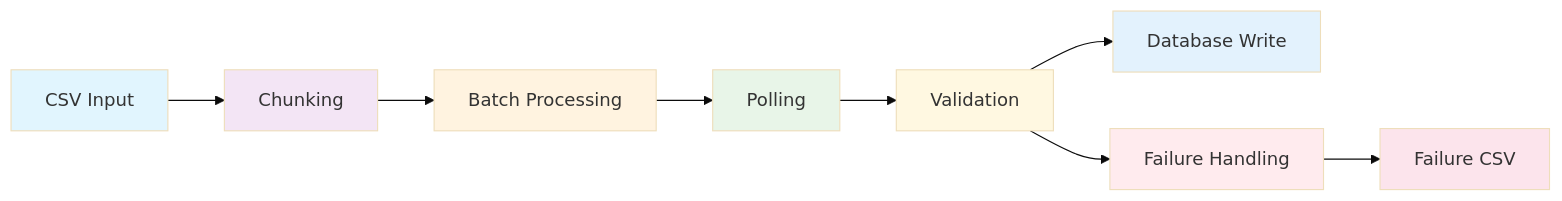
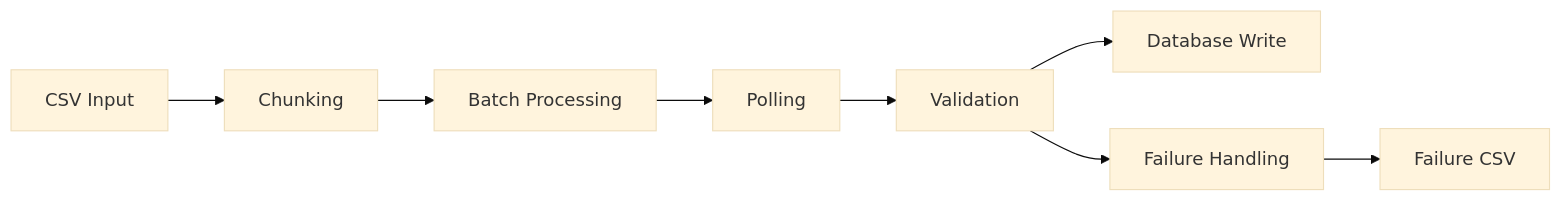
Before and after one commit to exospherehost/exosphereprojects: the diagram in batch-process-docs/WORKFLOW.md, drawn with Mermaid (base theme). The commit also changed 17 other files, not shown here.

````diff
--- a/batch-process-docs/WORKFLOW.md
+++ b/batch-process-docs/WORKFLOW.md
@@ -11,19 +11,10 @@
 ```mermaid
 flowchart LR
     A[CSV Input] --> B[Chunking]
     B --> C[Batch Processing]
     C --> D[Polling]
     D --> E[Validation]
     E --> F[Database Write]
     E --> G[Failure Handling]
     G --> H[Failure CSV]
-    
-    style A fill:#e1f5fe
-    style B fill:#f3e5f5
-    style C fill:#fff3e0
-    style D fill:#e8f5e8
-    style E fill:#fff8e1
-    style F fill:#e3f2fd
-    style G fill:#ffebee
-    style H fill:#fce4ec
 ```
````
